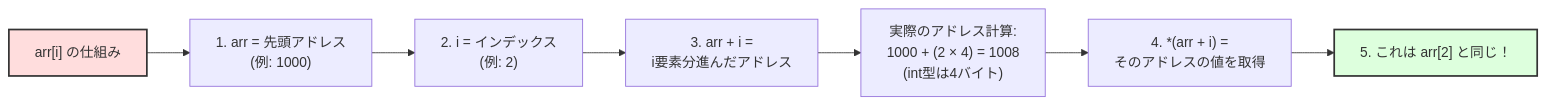
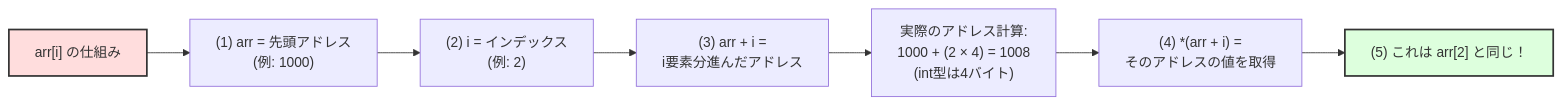
Before and after one commit to zabaglione/c-language-tutorial: the second of 2 diagrams in src/arrays-pointers/README.md, drawn with Mermaid.

Commit message:
fix: Mermaidダイアグラムの番号付きリスト記法を修正
- "Unsupported markdown list"エラーを解消
- 番号形式を "1." から "(1)" に変更
- Mermaidノード内で番号付きリスト記法が誤認識される問題を回避

修正ファイル:
- src/arrays-pointers/README.md

🤖 Generated with [Claude Code](https://claude.ai/code)

````diff
--- a/src/arrays-pointers/README.md
+++ b/src/arrays-pointers/README.md
@@ -88,13 +88,13 @@
 ```mermaid
 flowchart LR
     A["arr[i] の仕組み"]
-    A --> B["1. arr = 先頭アドレス\n(例: 1000)"]
-    B --> C["2. i = インデックス\n(例: 2)"]
-    C --> D["3. arr + i =\ni要素分進んだアドレス"]
+    A --> B["(1) arr = 先頭アドレス\n(例: 1000)"]
+    B --> C["(2) i = インデックス\n(例: 2)"]
+    C --> D["(3) arr + i =\ni要素分進んだアドレス"]
     D --> E["実際のアドレス計算:\n1000 + (2 × 4) = 1008\n(int型は4バイト)"]
-    E --> F["4. *(arr + i) =\nそのアドレスの値を取得"]
-    F --> G["5. これは arr[2] と同じ！"]
+    E --> F["(4) *(arr + i) =\nそのアドレスの値を取得"]
+    F --> G["(5) これは arr[2] と同じ！"]
 
     style A fill:#fdd,stroke:#333,stroke-width:2px
     style G fill:#dfd,stroke:#333,stroke-width:2px
 ```
````
